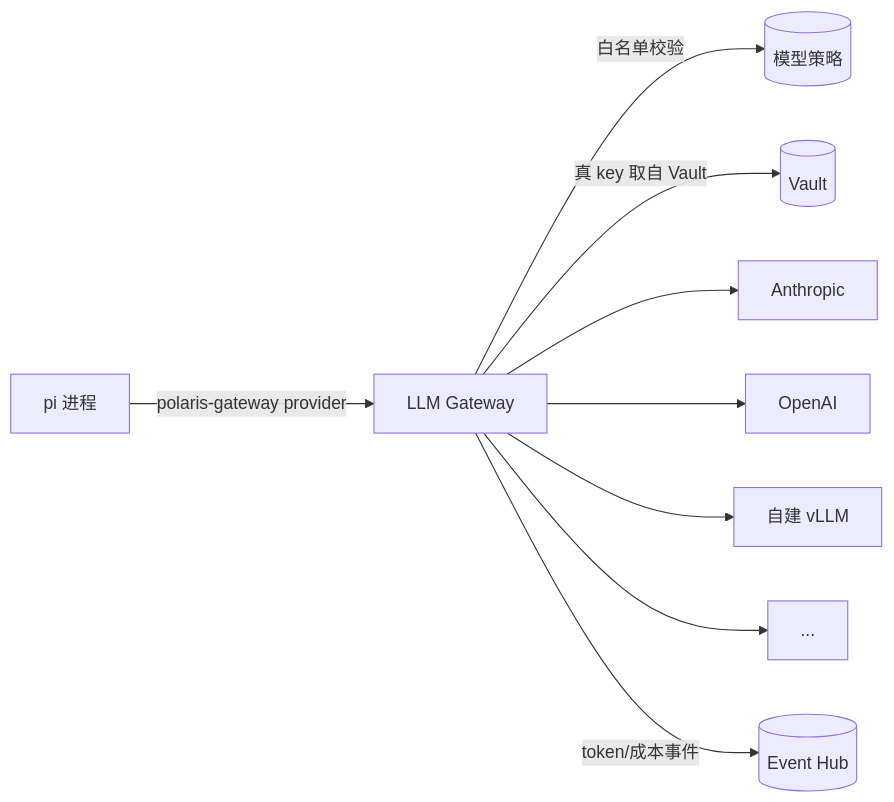
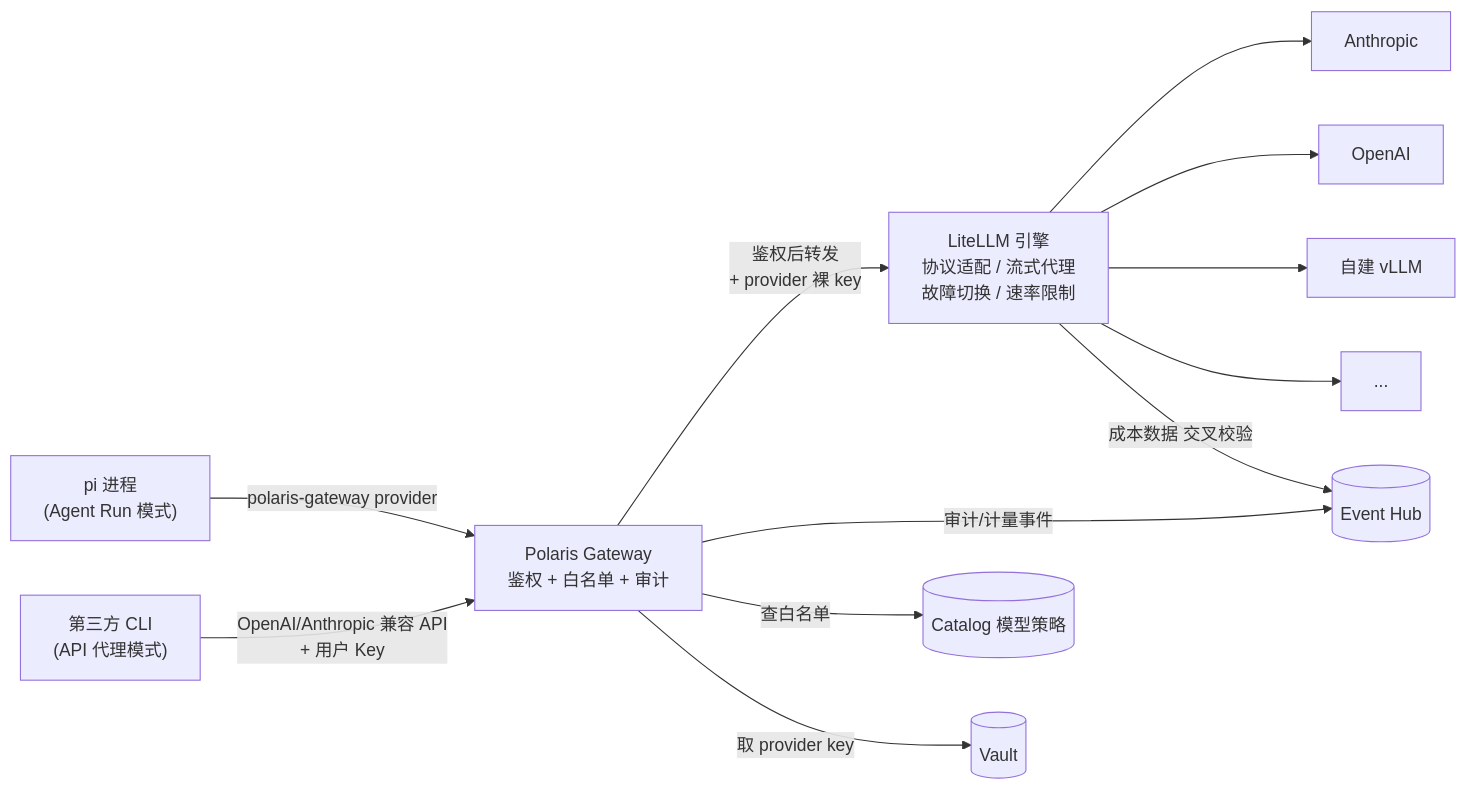
Before and after one commit to hxp0618/cloud-agents: the second of 2 diagrams in doc/design/04-pi-integration-and-multi-llm.md, drawn with Mermaid. The commit also changed other lines of this file and 6 other files, not shown here.

````diff
--- a/doc/design/04-pi-integration-and-multi-llm.md
+++ b/doc/design/04-pi-integration-and-multi-llm.md
@@ -145,8 +236,14 @@
 ```mermaid
 flowchart LR
-    Pi["pi 进程"] -->|polaris-gateway provider| GW["LLM Gateway"]
-    GW -->|白名单校验| Pol[(模型策略)]
-    GW -->|真 key 取自 Vault| V[(Vault)]
-    GW --> P1["Anthropic"] & P2["OpenAI"] & P3["自建 vLLM"] & P4["..."]
-    GW -->|token/成本事件| EVT[(Event Hub)]
+    Pi["pi 进程<br/>(Agent Run 模式)"] -->|polaris-gateway provider| PolGW["Polaris Gateway<br/>鉴权 + 白名单 + 审计"]
+    ThirdCLI["第三方 CLI<br/>(API 代理模式)"] -->|OpenAI/Anthropic 兼容 API<br/>+ 用户 Key| PolGW
+    PolGW -->|鉴权后转发<br/>+ provider 裸 key| LiteLLM["LiteLLM 引擎<br/>协议适配 / 流式代理<br/>故障切换 / 速率限制"]
+    LiteLLM --> P1["Anthropic"]
+    LiteLLM --> P2["OpenAI"]
+    LiteLLM --> P3["自建 vLLM"]
+    LiteLLM --> P4["..."]
+    PolGW -->|审计/计量事件| EVT[(Event Hub)]
+    LiteLLM -->|成本数据 交叉校验| EVT
+    PolGW -->|查白名单| Pol[(Catalog 模型策略)]
+    PolGW -->|取 provider key| V[(Vault)]
 ```
````
